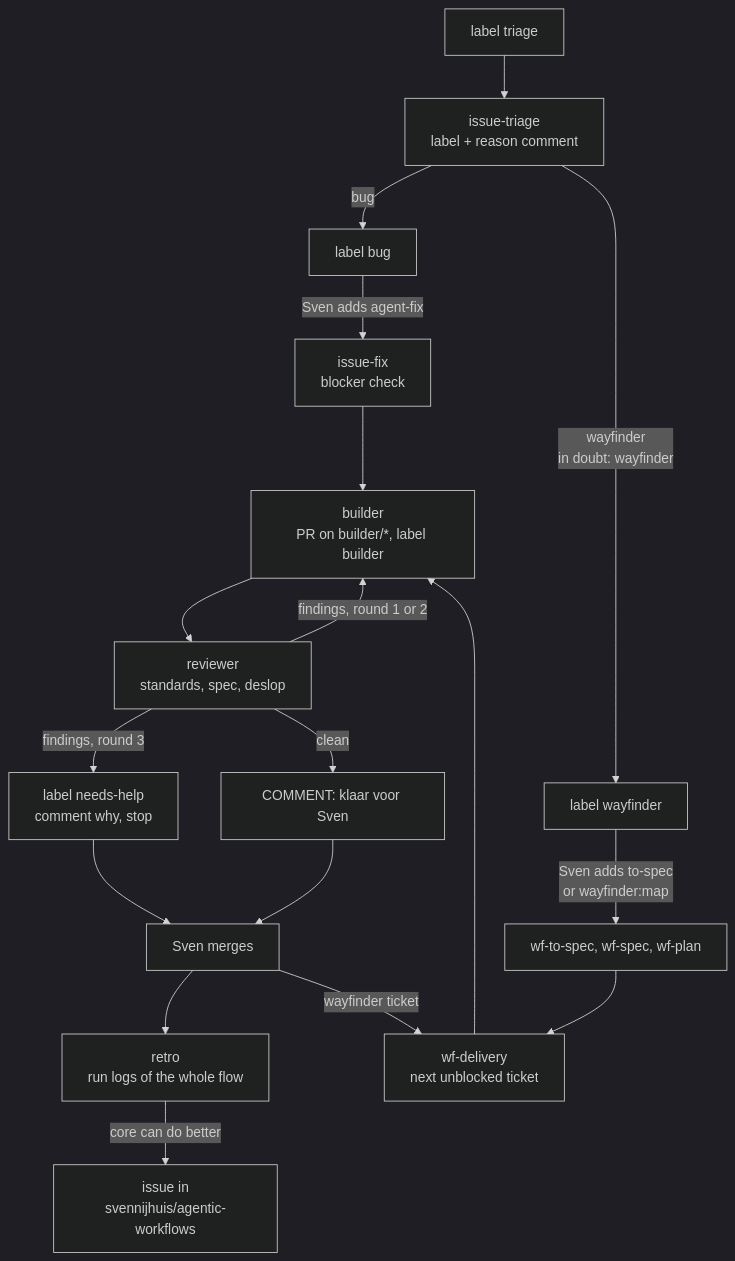
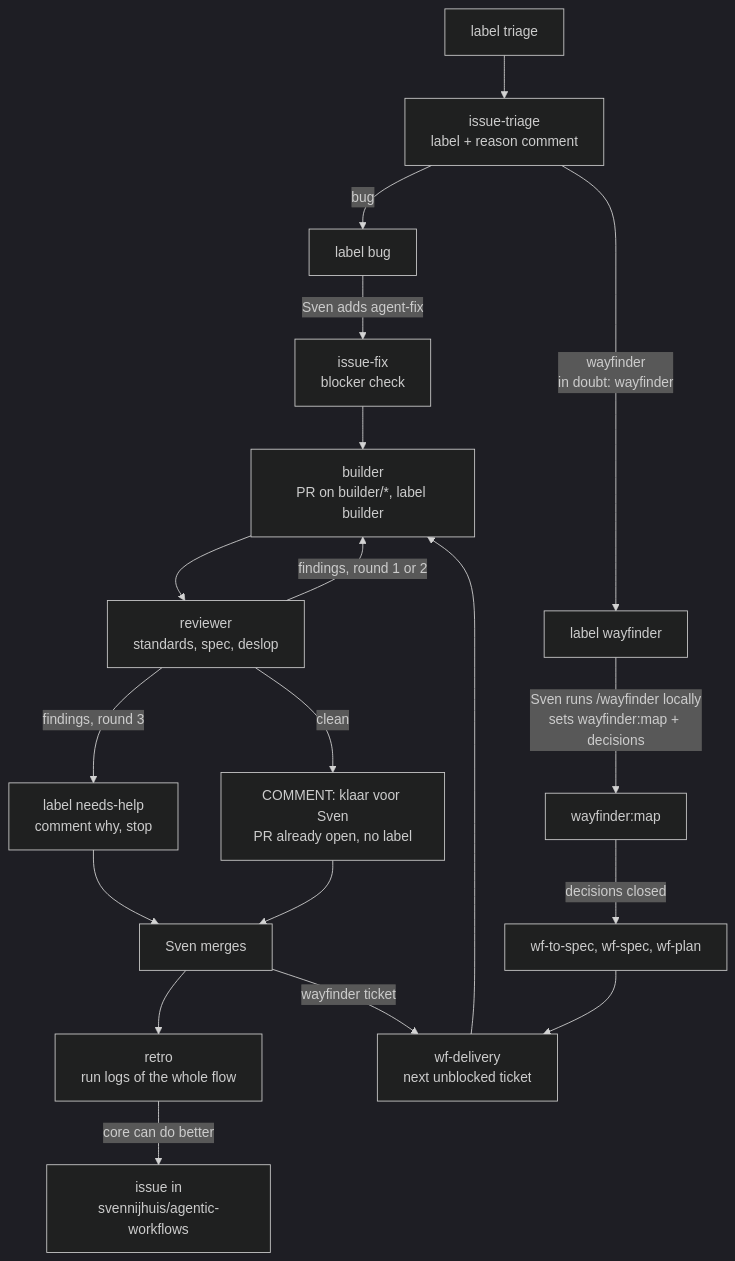
Before and after one commit to svennijhuis/agentic-workflows: the first of 5 diagrams in workflows/README.md, drawn with Mermaid (dark theme). The commit also changed other lines of this file, not shown here.

Commit message:
readme: flow starts with local /wayfinder, no ready-for-merge label (#36)
Clean review is the COMMENT "Reviewer: klaar voor Sven."; the PR already
exists by then and no label is set. Wayfinder path starts with local
/wayfinder, which sets wayfinder:map.

````diff
--- a/workflows/README.md
+++ b/workflows/README.md
@@ -31,20 +31,21 @@
 ```mermaid
 flowchart TD
   T[label triage] --> TR[issue-triage<br/>label + reason comment]
   TR -->|bug| B[label bug]
   TR -->|wayfinder<br/>in doubt: wayfinder| W[label wayfinder]
+  W -->|Sven runs /wayfinder locally<br/>sets wayfinder:map + decisions| WM[wayfinder:map]
   B -->|Sven adds agent-fix| IF[issue-fix<br/>blocker check]
-  W -->|Sven adds to-spec<br/>or wayfinder:map| CH[wf-to-spec, wf-spec, wf-plan]
+  WM -->|decisions closed| CH[wf-to-spec, wf-spec, wf-plan]
   CH --> DL[wf-delivery<br/>next unblocked ticket]
   IF --> BU[builder<br/>PR on builder/*, label builder]
   DL --> BU
   BU --> RV[reviewer<br/>standards, spec, deslop]
   RV -->|findings, round 1 or 2| BU
   RV -->|findings, round 3| NH[label needs-help<br/>comment why, stop]
-  RV -->|clean| OK[COMMENT: klaar voor Sven]
+  RV -->|clean| OK[COMMENT: klaar voor Sven<br/>PR already open, no label]
   OK --> M[Sven merges]
   NH --> M
   M --> RE[retro<br/>run logs of the whole flow]
   RE -->|core can do better| CI[issue in<br/>svennijhuis/agentic-workflows]
   M -->|wayfinder ticket| DL
 ```
````
